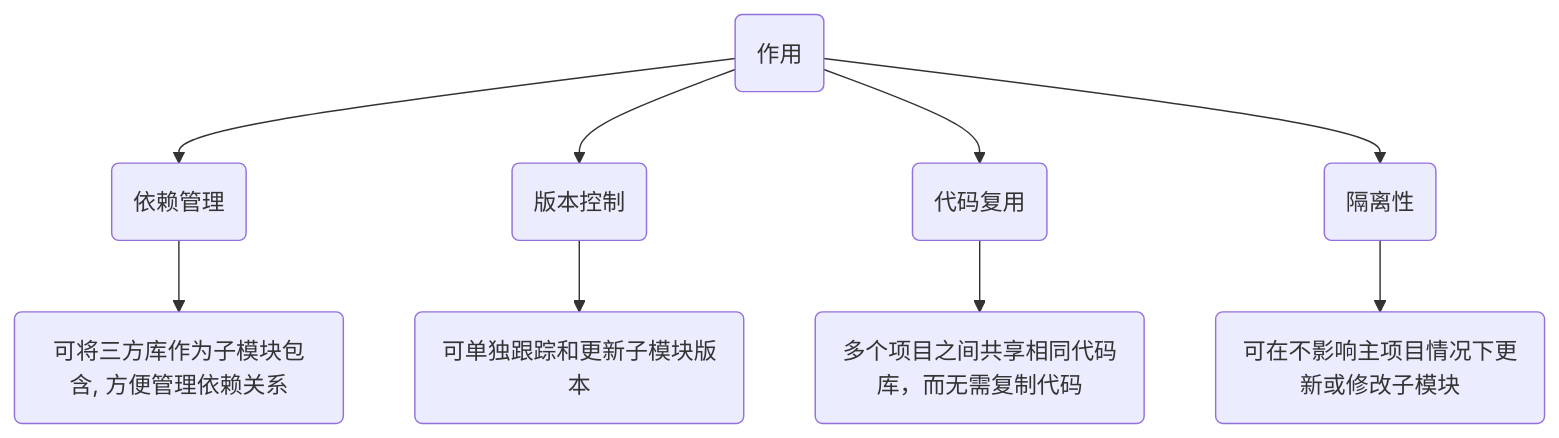
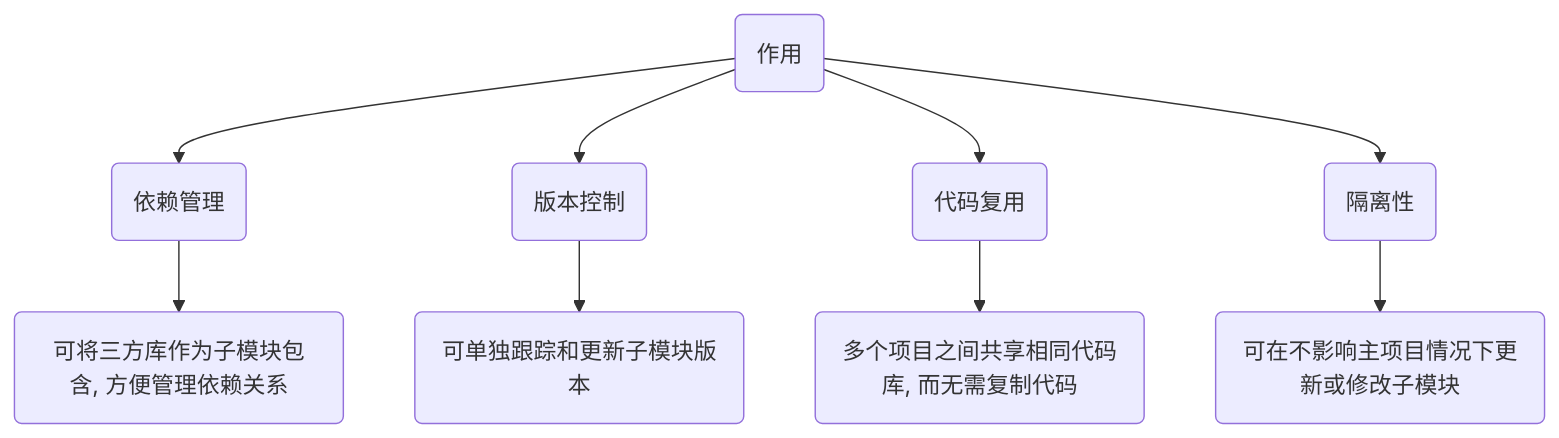
Diagram 14 of 14 in _posts/software/git/2024-09-24-命令.md (dmjcb/dmjcb.github.io), drawn with Mermaid before and after one commit. The commit also changed other lines of this file and 23 other files, not shown here.

````diff
--- a/_posts/software/git/2024-09-24-命令.md
+++ b/_posts/software/git/2024-09-24-命令.md
@@ -879,8 +877,8 @@
 ```mermaid
 graph TB;
     X(作用)
     X-->A(依赖管理)-->A1(可将三方库作为子模块包含, 方便管理依赖关系)
     X-->B(版本控制)-->B1(可单独跟踪和更新子模块版本)
-    X-->C(代码复用)-->C1(多个项目之间共享相同代码库，而无需复制代码)
+    X-->C(代码复用)-->C1(多个项目之间共享相同代码库, 而无需复制代码)
     X-->D(隔离性)-->D1(可在不影响主项目情况下更新或修改子模块)
 ```
````
